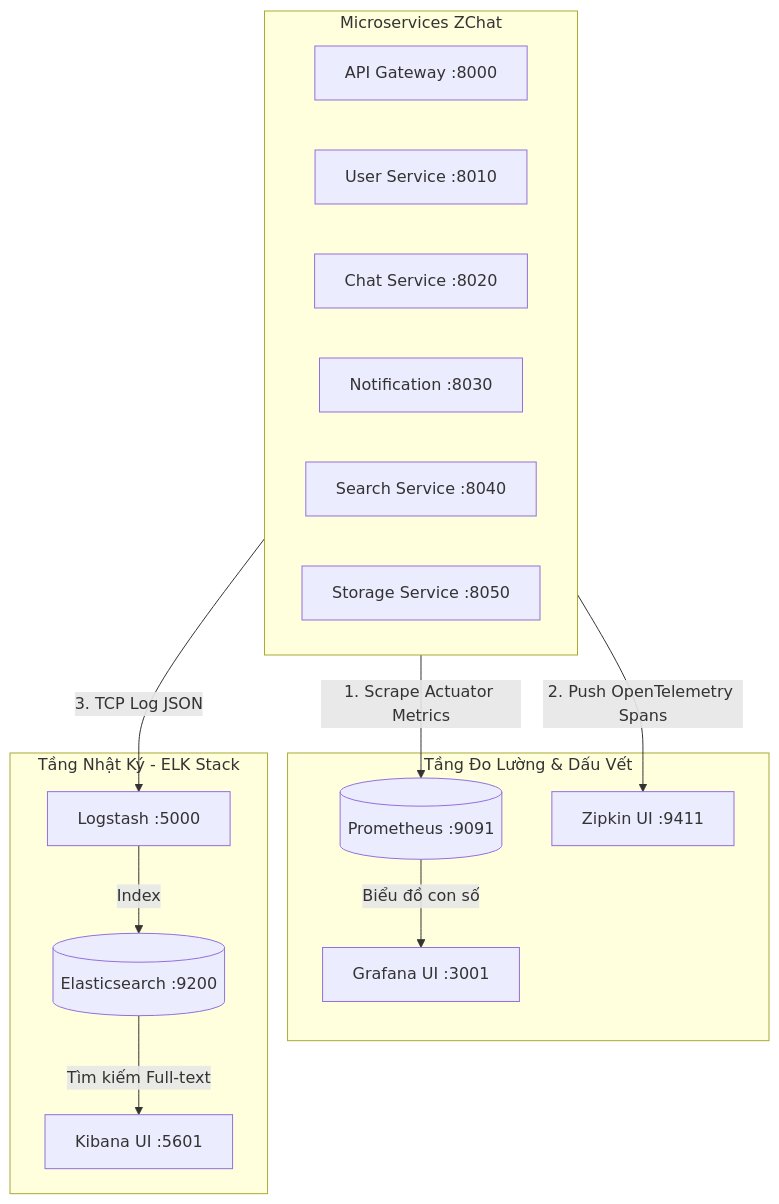
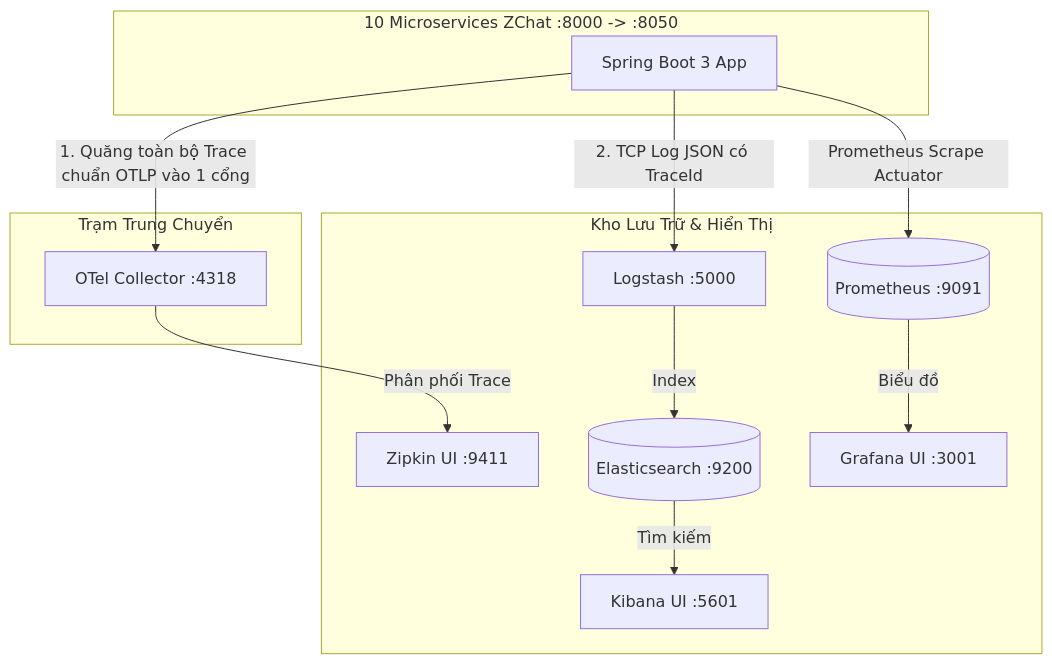
The diagram in docs/architecture/observability_integration_recipe.md (quyennguyencoder/microservice-chat-platform), drawn with Mermaid before and after one commit. The commit also changed other lines of this file, not shown here.

Commit message:
Upgrade observability integration recipe to Enterprise OTel Collector architecture

````diff
--- a/docs/architecture/observability_integration_recipe.md
+++ b/docs/architecture/observability_integration_recipe.md
@@ -9,32 +11,29 @@
 ```mermaid
 flowchart TD
-    subgraph ZChat [Microservices ZChat]
-        GW[API Gateway :8000]
-        US[User Service :8010]
-        CS[Chat Service :8020]
-        NS[Notification :8030]
-        SS[Search Service :8040]
-        ST[Storage Service :8050]
+    subgraph ZChat [10 Microservices ZChat :8000 -> :8050]
+        APP[Spring Boot 3 App]
     end
 
-    subgraph Monitoring [Tầng Đo Lường & Dấu Vết]
+    subgraph Central [Trạm Trung Chuyển]
+        OTEL[OTel Collector :4318]
+    end
+
+    subgraph Backends [Kho Lưu Trữ & Hiển Thị]
         PROM[(Prometheus :9091)]
         GRAF[Grafana UI :3001]
         ZIP[Zipkin UI :9411]
-    end
-
-    subgraph Logging [Tầng Nhật Ký - ELK Stack]
         LS[Logstash :5000]
         ES[(Elasticsearch :9200)]
         KIB[Kibana UI :5601]
     end
 
-    ZChat -->|1. Scrape Actuator Metrics| PROM
-    PROM -->|Biểu đồ con số| GRAF
+    APP -->|1. Quăng toàn bộ Trace chuẩn OTLP vào 1 cổng| OTEL
+    APP -->|2. TCP Log JSON có TraceId| LS
 
-    ZChat -->|2. Push OpenTelemetry Spans| ZIP
+    OTEL -->|Phân phối Trace| ZIP
+    APP -->|Prometheus Scrape Actuator| PROM
+    PROM -->|Biểu đồ| GRAF
 
-    ZChat -->|3. TCP Log JSON| LS
     LS -->|Index| ES
-    ES -->|Tìm kiếm Full-text| KIB
+    ES -->|Tìm kiếm| KIB
 ```
````
